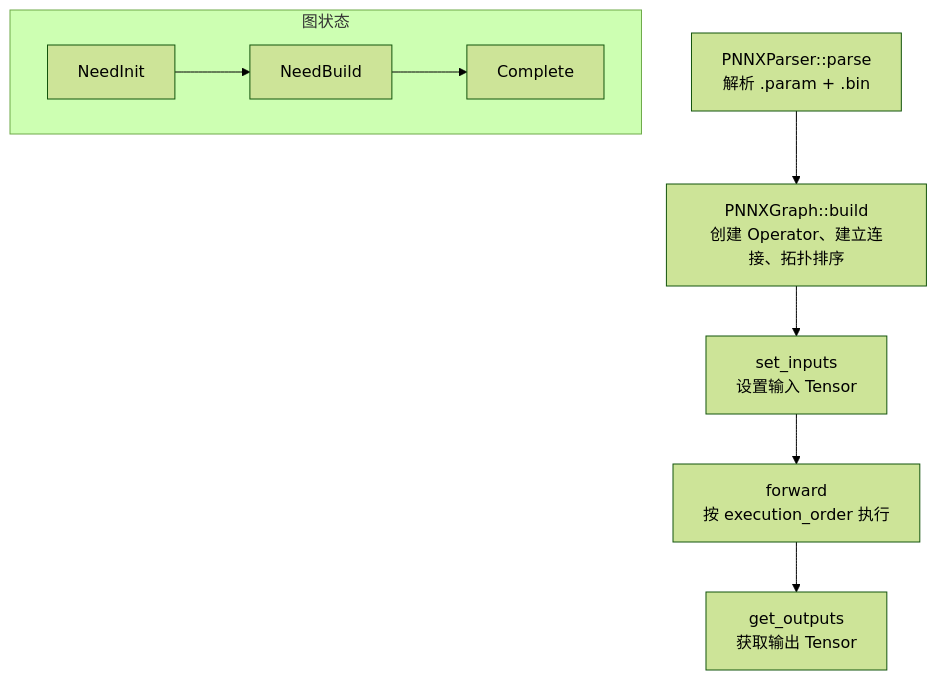
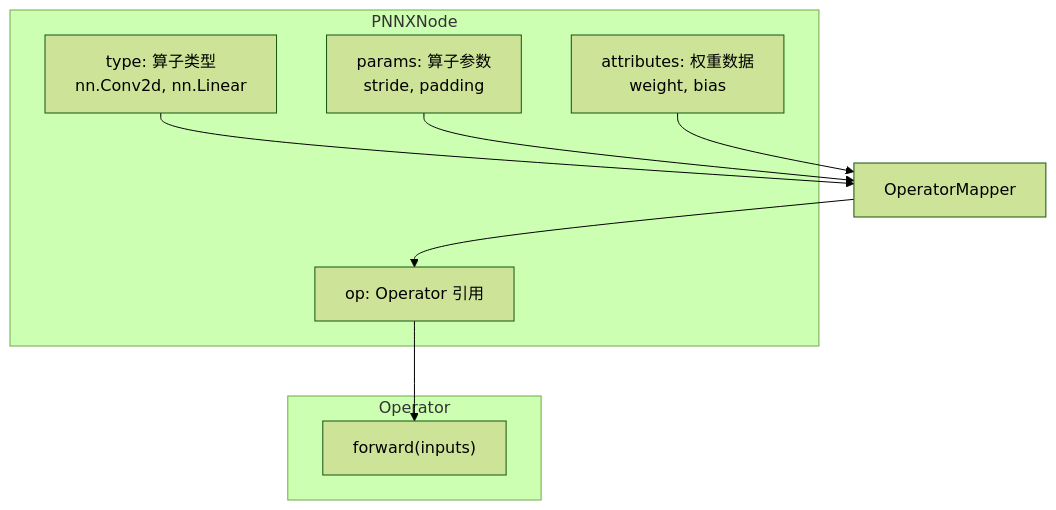
One commit to jinbooooom/OriginDL changed diagram 46 of 47 in docs/design/architecture.md. Above: the diagram before and after it, drawn with Mermaid (forest theme). The commit also changed other lines of this file, not shown here.

Commit message:
doc(design): refactor architecture documentation chapters 3，4，6, 7 and 10

````diff
--- a/docs/design/architecture.md
+++ b/docs/design/architecture.md
@@ -1914,17 +2512,19 @@
 ```mermaid
-flowchart TD
-    Parse["PNNXParser::parse<br/>解析 .param + .bin"]
-    Build["PNNXGraph::build<br/>创建 Operator、建立连接、拓扑排序"]
-    SetInputs["set_inputs<br/>设置输入 Tensor"]
-    Forward["forward<br/>按 execution_order 执行"]
-    GetOutputs["get_outputs<br/>获取输出 Tensor"]
+flowchart TB
+    subgraph PNNXNode["PNNXNode"]
+        Type["type: 算子类型<br/>nn.Conv2d, nn.Linear"]
+        Params["params: 算子参数<br/>stride, padding"]
+        Attrs["attributes: 权重数据<br/>weight, bias"]
+        Op["op: Operator 引用"]
+    end
     
-    Parse --> Build --> SetInputs --> Forward --> GetOutputs
+    subgraph Operator["Operator"]
+        Forward["forward(inputs)"]
+    end
     
-    subgraph GraphState["图状态"]
-        NeedInit["NeedInit"]
-        NeedBuild["NeedBuild"]
-        Complete["Complete"]
-        NeedInit --> NeedBuild --> Complete
-    end
+    Type --> Mapper["OperatorMapper"]
+    Params --> Mapper
+    Attrs --> Mapper
+    Mapper --> Op
+    Op --> Forward
 ```
````
